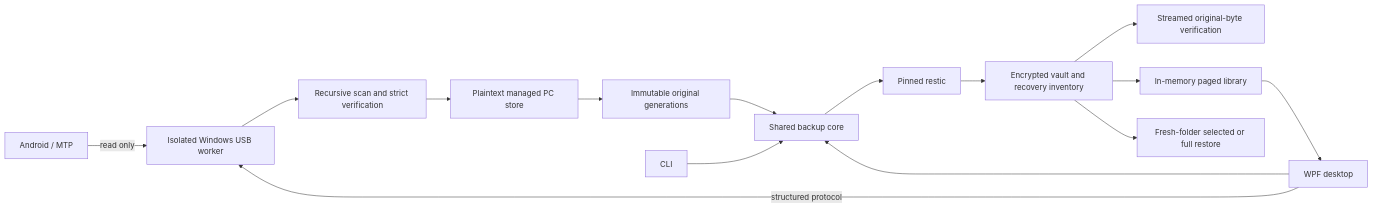
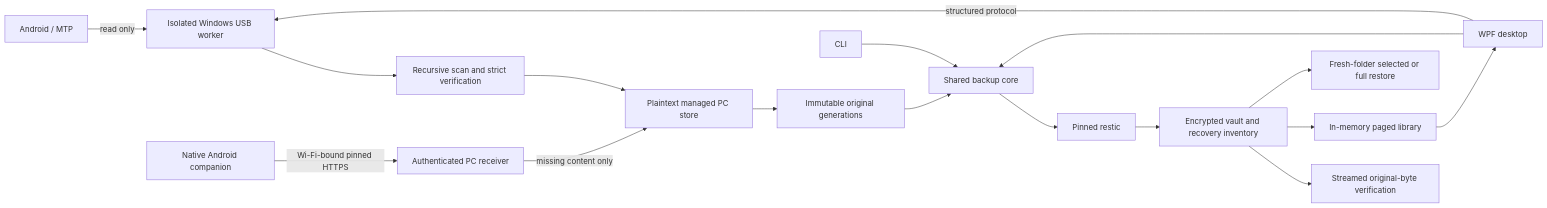
One commit to RutuK2005/phone-backup-showcase changed the diagram in ARCHITECTURE.md. Above: the diagram before and after it, drawn with Mermaid. The commit also changed other lines of this file and 4 other files, not shown here.

````diff
--- a/ARCHITECTURE.md
+++ b/ARCHITECTURE.md
@@ -3,17 +3,19 @@
 ```mermaid
 flowchart LR
     Phone[Android / MTP] -->|read only| Worker[Isolated Windows USB worker]
+    Companion[Native Android companion] -->|Wi-Fi-bound pinned HTTPS| LAN[Authenticated PC receiver]
+    LAN -->|missing content only| Store
     UI[WPF desktop] -->|structured protocol| Worker
     Worker --> Scan[Recursive scan and strict verification]
     Scan --> Store[Plaintext managed PC store]
     Store --> Gen[Immutable original generations]
     Gen --> Core[Shared backup core]
     CLI[CLI] --> Core
     UI --> Core
     Core --> Restic[Pinned restic]
     Restic --> Vault[Encrypted vault and recovery inventory]
     Vault --> Verify[Streamed original-byte verification]
     Vault --> Library[In-memory paged library]
     Library --> UI
     Vault --> Restore[Fresh-folder selected or full restore]
 ```
````
